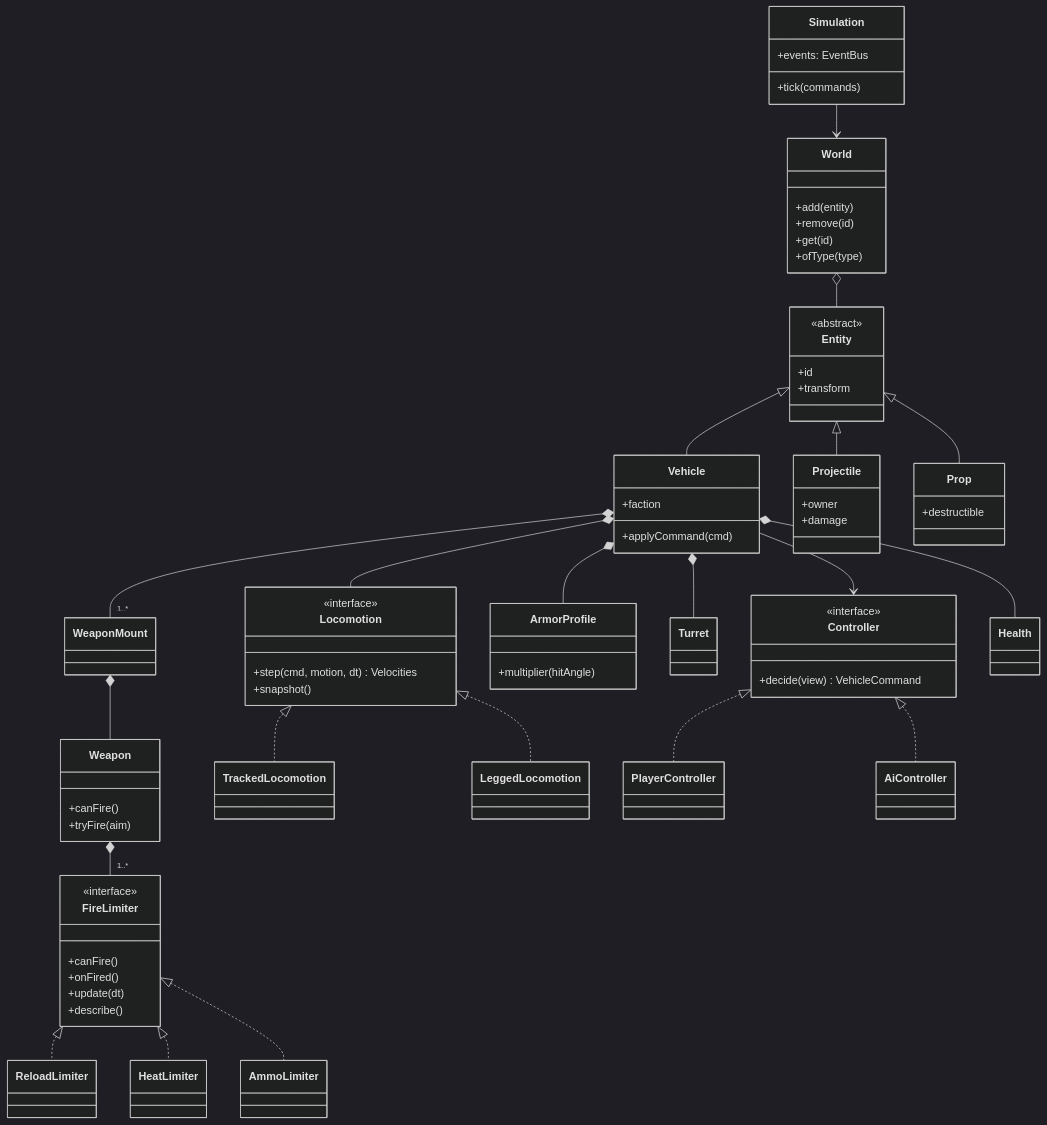
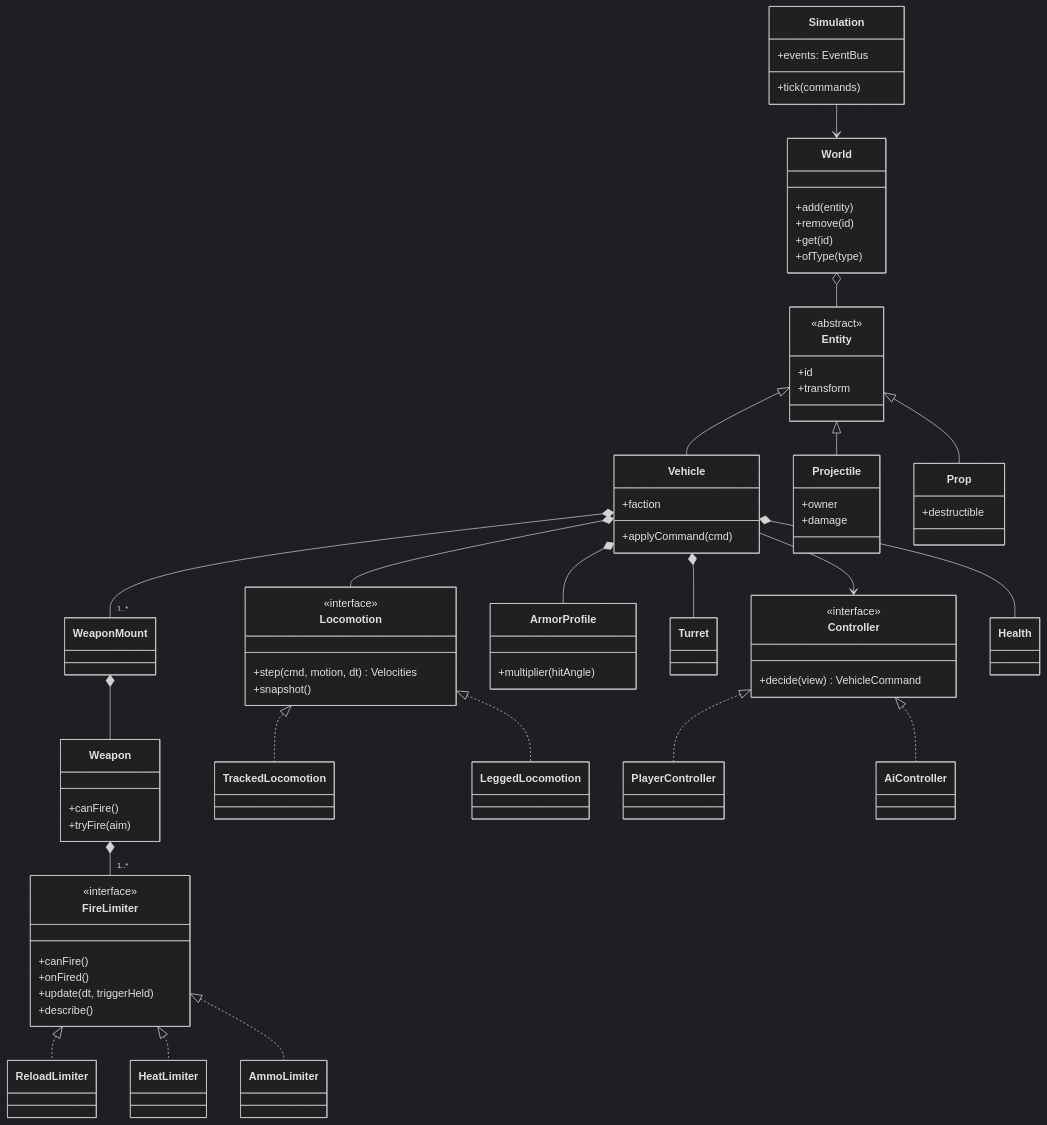
Before and after one commit to boneill406/hardpoint: the second of 2 diagrams in docs/architecture.md, drawn with Mermaid (dark theme). The commit also changed other lines of this file and 3 other files, not shown here.

Commit message:
M3-2: architecture firing phase, plan status, trade-offs T-81..T-83 (T-56 updated), dev log

````diff
--- a/docs/architecture.md
+++ b/docs/architecture.md
@@ -50,72 +50,72 @@
 ```mermaid
 classDiagram
   class Simulation {
     +tick(commands)
     +events: EventBus
   }
   class World {
     +add(entity)
     +remove(id)
     +get(id)
     +ofType(type)
   }
   class Entity {
     <<abstract>>
     +id
     +transform
   }
   class Vehicle {
     +faction
     +applyCommand(cmd)
   }
   class Projectile {
     +owner
     +damage
   }
   class Prop {
     +destructible
   }
   class Locomotion {
     <<interface>>
     +step(cmd, motion, dt) Velocities
     +snapshot()
   }
   class Controller {
     <<interface>>
     +decide(view) VehicleCommand
   }
   class Weapon {
     +canFire()
     +tryFire(aim)
   }
   class FireLimiter {
     <<interface>>
     +canFire()
     +onFired()
-    +update(dt)
+    +update(dt, triggerHeld)
     +describe()
   }
   class ArmorProfile {
     +multiplier(hitAngle)
   }
   Simulation --> World
   World o-- Entity
   Entity <|-- Vehicle
   Entity <|-- Projectile
   Entity <|-- Prop
   Vehicle *-- Locomotion
   Vehicle *-- Turret
   Vehicle *-- "1..*" WeaponMount
   Vehicle *-- ArmorProfile
   Vehicle *-- Health
   Vehicle --> Controller
   WeaponMount *-- Weapon
   Weapon *-- "1..*" FireLimiter
   Locomotion <|.. TrackedLocomotion
   Locomotion <|.. LeggedLocomotion
   Controller <|.. PlayerController
   Controller <|.. AiController
   FireLimiter <|.. ReloadLimiter
   FireLimiter <|.. HeatLimiter
   FireLimiter <|.. AmmoLimiter
 ```
````
